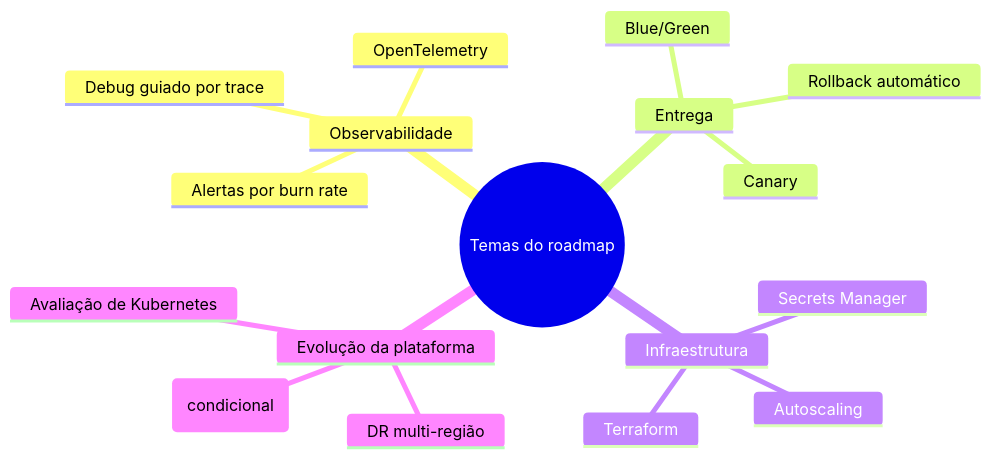
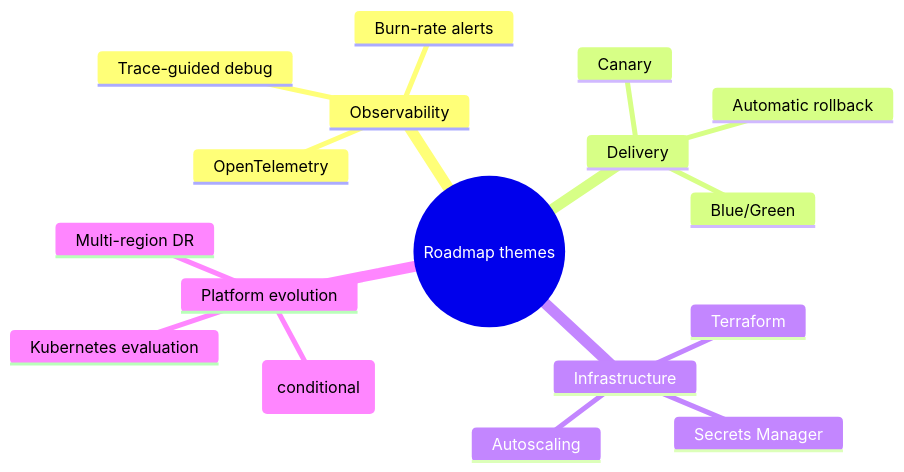
The second of 2 diagrams in ROADMAP.md (alissonf216/licitech-architecture-showcase), drawn with Mermaid before and after one commit. The commit also changed other lines of this file and 36 other files, not shown here.

First line of the commit message:
Add Licitech architecture portfolio (EN + PT-BR)

````diff
--- a/ROADMAP.md
+++ b/ROADMAP.md
@@ -124,20 +126,20 @@
 ```mermaid
 mindmap
-  root((Temas do roadmap))
-    Observabilidade
+  root((Roadmap themes))
+    Observability
       OpenTelemetry
-      Alertas por burn rate
-      Debug guiado por trace
-    Entrega
+      Burn-rate alerts
+      Trace-guided debug
+    Delivery
       Canary
       Blue/Green
-      Rollback automático
-    Infraestrutura
+      Automatic rollback
+    Infrastructure
       Terraform
       Secrets Manager
       Autoscaling
-    Evolução da plataforma
-      Avaliação de Kubernetes
-      Service mesh (condicional)
-      DR multi-região
+    Platform evolution
+      Kubernetes evaluation
+      Service mesh (conditional)
+      Multi-region DR
 ```
````
